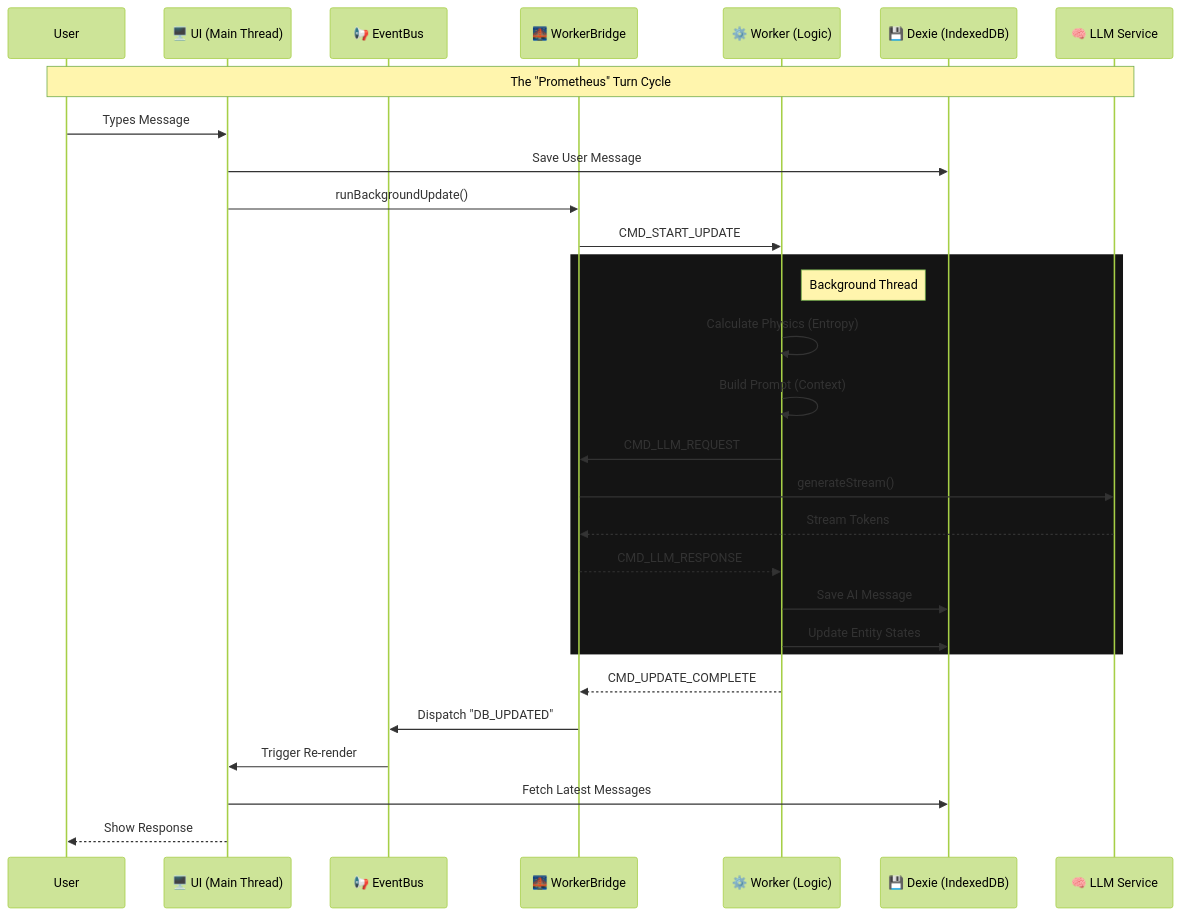
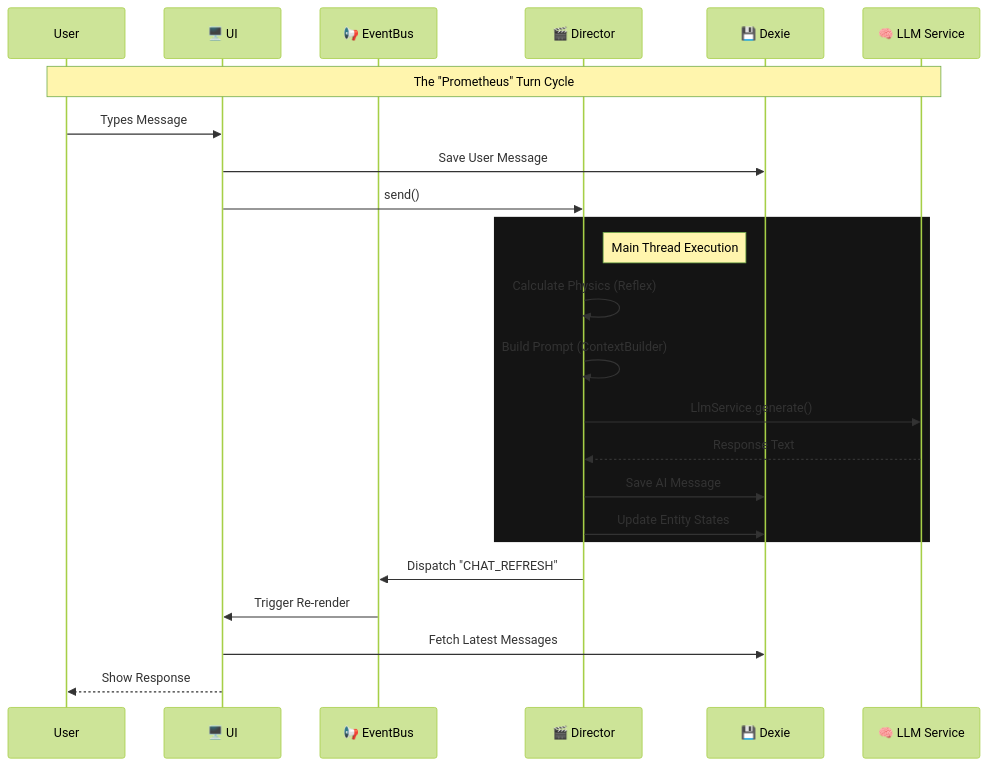
The second of 2 diagrams in src/README.md (JooduG/RPGlitch), drawn with Mermaid (forest theme) before and after one commit. The commit also changed other lines of this file and 14 other files, not shown here.

````diff
--- a/src/README.md
+++ b/src/README.md
@@ -35,37 +35,32 @@
 ```mermaid
 sequenceDiagram
     participant User
-    participant UI as 🖥️ UI (Main Thread)
+    participant UI as 🖥️ UI
     participant Bus as 📢 EventBus
-    participant Bridge as 🌉 WorkerBridge
-    participant Worker as ⚙️ Worker (Logic)
-    participant DB as 💾 Dexie (IndexedDB)
+    participant Dir as 🎬 Director
+    participant DB as 💾 Dexie
     participant AI as 🧠 LLM Service
 
     Note over User, AI: The "Prometheus" Turn Cycle
 
     User->>UI: Types Message
     UI->>DB: Save User Message
-    UI->>Bridge: runBackgroundUpdate()
-    Bridge->>Worker: CMD_START_UPDATE
+    UI->>Dir: send()
 
     rect rgb(20, 20, 20)
-        Note right of Worker: Background Thread
-        Worker->>Worker: Calculate Physics (Entropy)
-        Worker->>Worker: Build Prompt (Context)
+        Note right of Dir: Main Thread Execution
+        Dir->>Dir: Calculate Physics (Reflex)
+        Dir->>Dir: Build Prompt (ContextBuilder)
 
-        Worker->>Bridge: CMD_LLM_REQUEST
-        Bridge->>AI: generateStream()
-        AI-->>Bridge: Stream Tokens
-        Bridge-->>Worker: CMD_LLM_RESPONSE
+        Dir->>AI: LlmService.generate()
+        AI-->>Dir: Response Text
 
-        Worker->>DB: Save AI Message
-        Worker->>DB: Update Entity States
+        Dir->>DB: Save AI Message
+        Dir->>DB: Update Entity States
     end
 
-    Worker-->>Bridge: CMD_UPDATE_COMPLETE
-    Bridge->>Bus: Dispatch "DB_UPDATED"
+    Dir->>Bus: Dispatch "CHAT_REFRESH"
     Bus->>UI: Trigger Re-render
     UI->>DB: Fetch Latest Messages
     UI-->>User: Show Response
 ```
````
